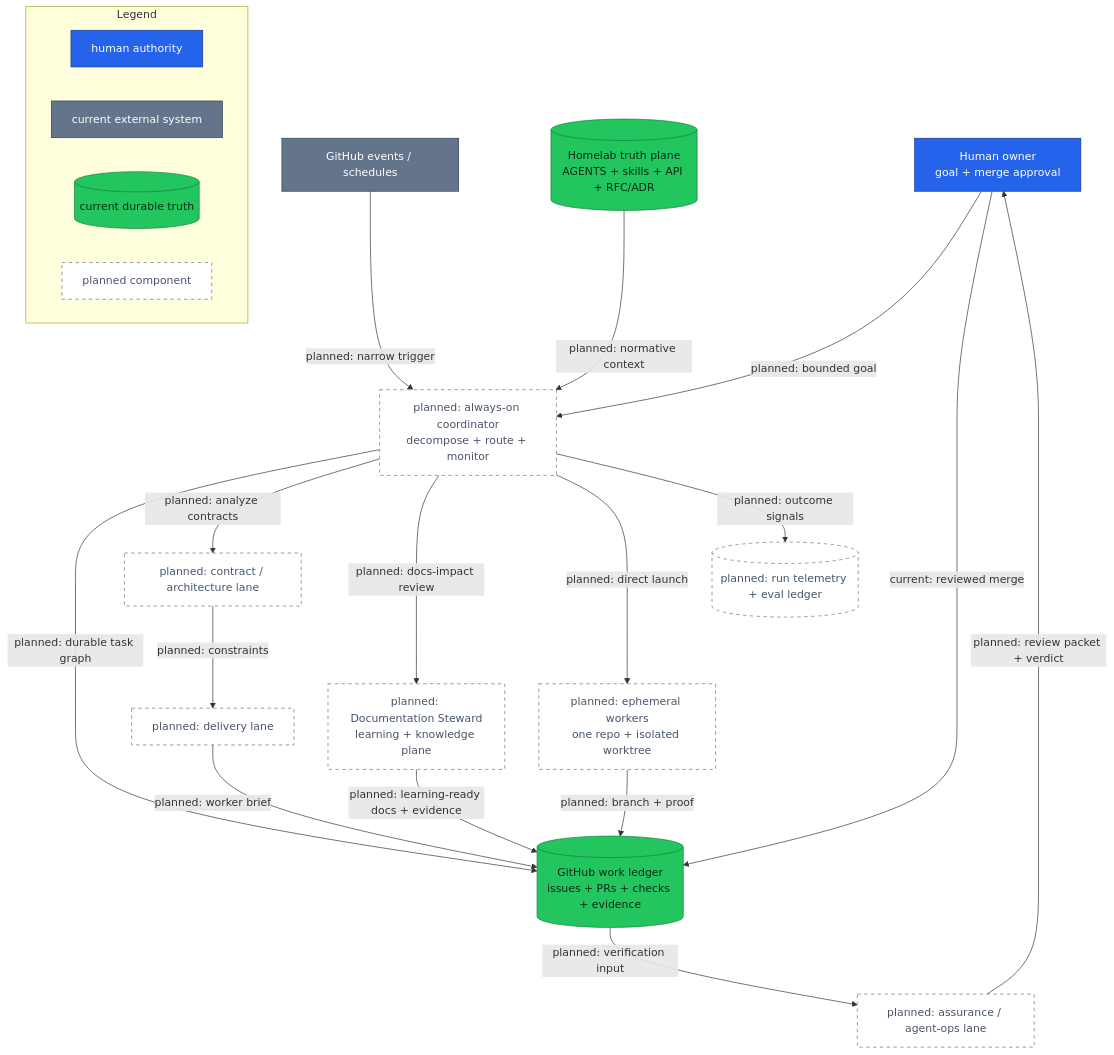
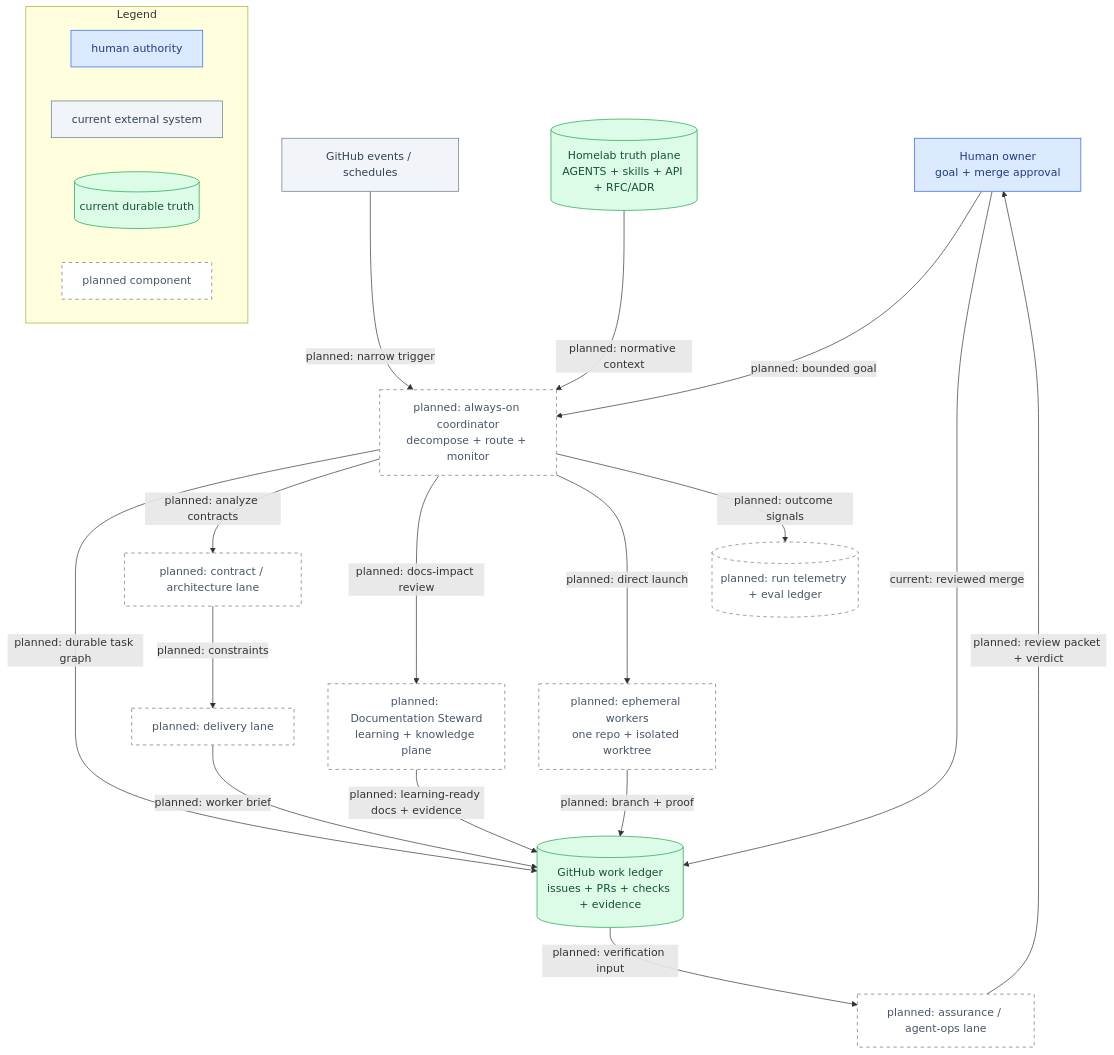
One commit to duynhlab/homelab changed the first of 2 diagrams in docs/proposals/rfc/RFC-0033/research.md. Above: the diagram before and after it, drawn with Mermaid. The commit also changed 174 other files, not shown here.

First line of the commit message:
Soft-tint diagram palette, a signal-flow diagram, a Linux-ready Draw.io skill

````diff
--- a/docs/proposals/rfc/RFC-0033/research.md
+++ b/docs/proposals/rfc/RFC-0033/research.md
@@ -321,49 +321,49 @@
 ```mermaid
 flowchart TD
   Owner["Human owner<br/>goal + merge approval"]
   Events["GitHub events / schedules"]
   Truth[("Homelab truth plane<br/>AGENTS + skills + API + RFC/ADR")]
   Ledger[("GitHub work ledger<br/>issues + PRs + checks + evidence")]
 
   Coordinator["planned: always-on coordinator<br/>decompose + route + monitor"]
   Contract["planned: contract / architecture lane"]
   Delivery["planned: delivery lane"]
   Assurance["planned: assurance / agent-ops lane"]
   Docs["planned: Documentation Steward<br/>learning + knowledge plane"]
   Workers["planned: ephemeral workers<br/>one repo + isolated worktree"]
   Evals[("planned: run telemetry + eval ledger")]
 
   Owner -->|"planned: bounded goal"| Coordinator
   Events -->|"planned: narrow trigger"| Coordinator
   Truth -->|"planned: normative context"| Coordinator
   Coordinator -->|"planned: durable task graph"| Ledger
   Coordinator -->|"planned: analyze contracts"| Contract
   Coordinator -->|"planned: docs-impact review"| Docs
   Contract -->|"planned: constraints"| Delivery
   Delivery -->|"planned: worker brief"| Ledger
   Docs -->|"planned: learning-ready docs + evidence"| Ledger
   Coordinator -->|"planned: direct launch"| Workers
   Workers -->|"planned: branch + proof"| Ledger
   Ledger -->|"planned: verification input"| Assurance
   Assurance -->|"planned: review packet + verdict"| Owner
   Coordinator -->|"planned: outcome signals"| Evals
   Owner -->|"current: reviewed merge"| Ledger
 
   subgraph Legend["Legend"]
     direction LR
     LHuman["human authority"]
     LExternal["current external system"]
     LData[("current durable truth")]
     LPlanned["planned component"]
   end
 
   class Owner,LHuman edge;
   class Events,LExternal external;
   class Truth,Ledger,LData data;
   class Coordinator,Contract,Delivery,Assurance,Docs,Workers,Evals,LPlanned planned;
 
-  classDef edge fill:#2563eb,color:#fff,stroke:#1e3a8a;
-  classDef data fill:#22c55e,color:#052e16,stroke:#15803d;
-  classDef external fill:#64748b,color:#fff,stroke:#334155;
+  classDef edge fill:#dbeafe,color:#1e3a8a,stroke:#2563eb;
+  classDef data fill:#dcfce7,color:#14532d,stroke:#16a34a;
+  classDef external fill:#f1f5f9,color:#334155,stroke:#64748b;
   classDef planned fill:#fff,color:#475569,stroke:#64748b,stroke-dasharray:5 5;
 ```
````
